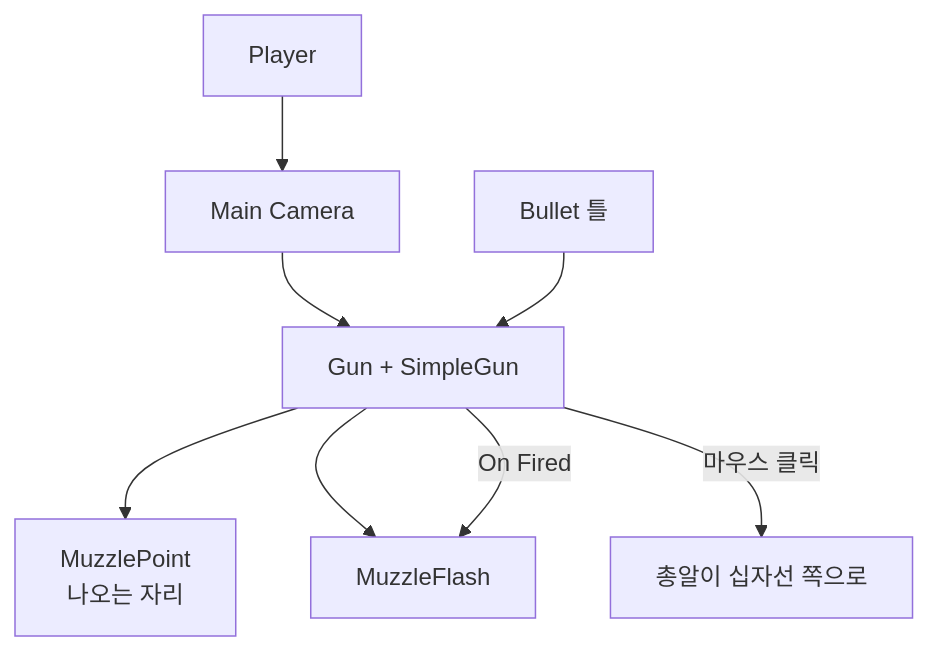
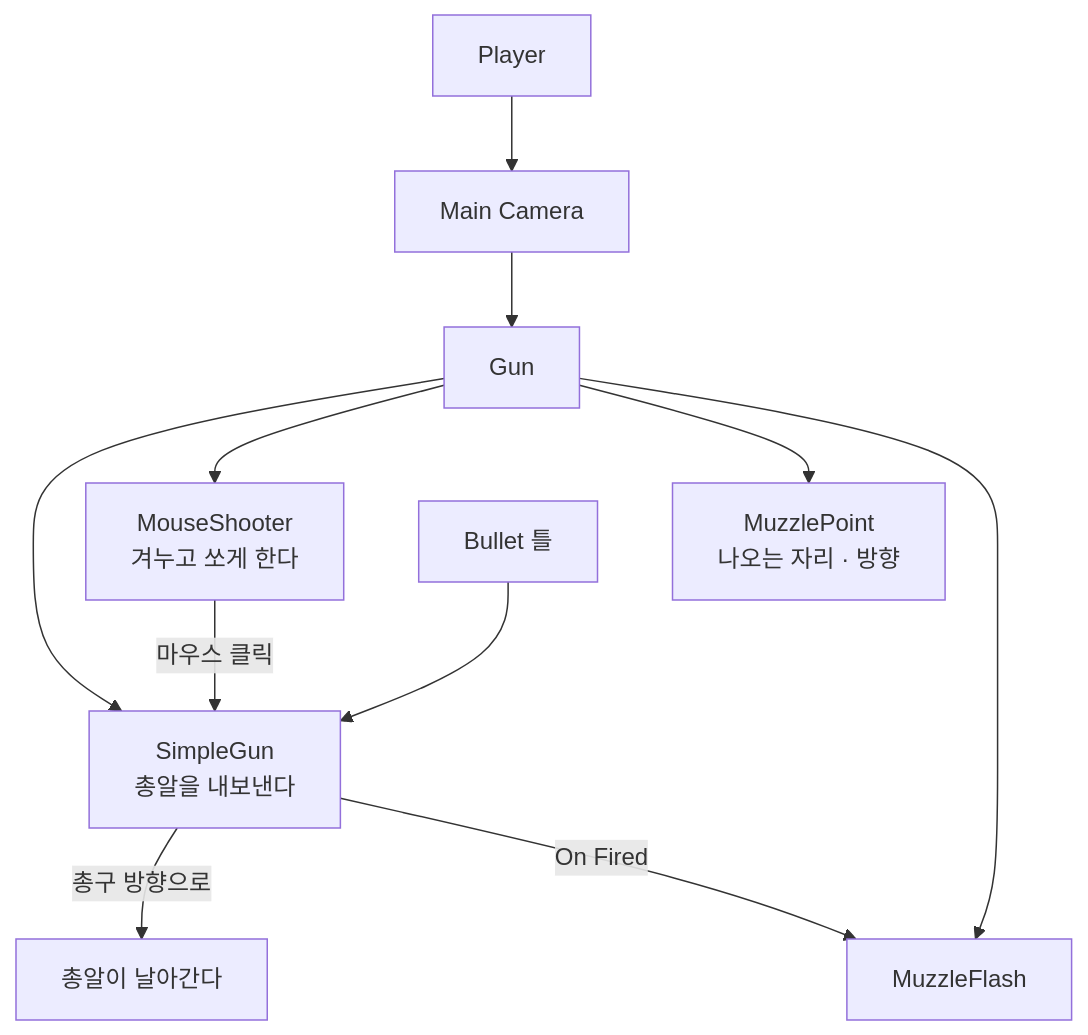
Before and after one commit to KooHoo-Dev/kdc-meta-verse-nocode-lecture: the third of 3 diagrams in Docs/1. NoCode/4. 사격장/24_clay_gun_nocode.md, drawn with Mermaid. The commit also changed other lines of this file and 382 other files, not shown here.

````diff
--- a/Docs/1. NoCode/4. 사격장/24_clay_gun_nocode.md
+++ b/Docs/1. NoCode/4. 사격장/24_clay_gun_nocode.md
@@ -402,10 +503,13 @@
 ```mermaid
 flowchart TB
     P["Player"] --> C["Main Camera"]
-    C --> G["Gun + SimpleGun"]
-    G --> M["MuzzlePoint<br/>나오는 자리"]
+    C --> G["Gun"]
+    G --> SG["SimpleGun<br/>총알을 내보낸다"]
+    G --> MS["MouseShooter<br/>겨누고 쏘게 한다"]
+    G --> M["MuzzlePoint<br/>나오는 자리 · 방향"]
     G --> F["MuzzleFlash"]
-    B["Bullet 틀"] --> G
-    G -->|"마우스 클릭"| S["총알이 십자선 쪽으로"]
-    G -->|"On Fired"| F
+    B["Bullet 틀"] --> SG
+    MS -->|"마우스 클릭"| SG
+    SG -->|"총구 방향으로"| S["총알이 날아간다"]
+    SG -->|"On Fired"| F
 ```
````
